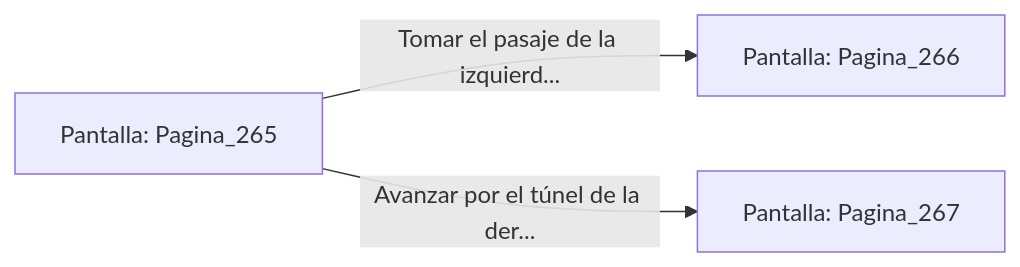
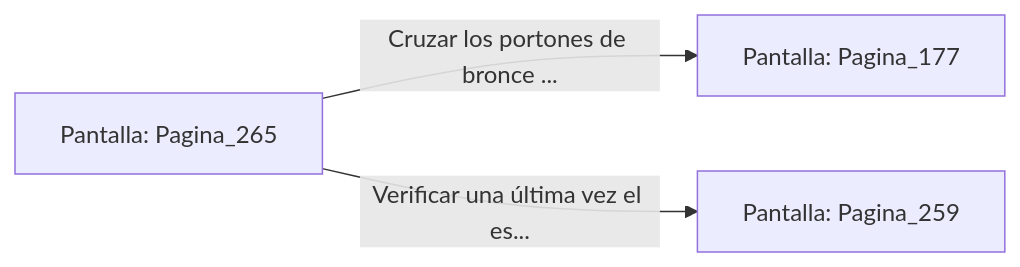
The diagram in sample/eligejuego-vault/Pantalla_Pagina_265.md (metsuke/mpl), drawn with Mermaid before and after one commit. The commit also changed other lines of this file and 635 other files, not shown here.

First line of the commit message:
fix: añadir Pagina_1 como pantalla inicial en capitulo_01.mpl

````diff
--- a/sample/eligejuego-vault/Pantalla_Pagina_265.md
+++ b/sample/eligejuego-vault/Pantalla_Pagina_265.md
@@ -20,6 +24,6 @@
 ```mermaid
 graph LR
     P_Pagina_265["Pantalla: Pagina_265"]
-    P_Pagina_265 -->|"Tomar el pasaje de la izquierd..."| P_Pagina_266["Pantalla: Pagina_266"]
-    P_Pagina_265 -->|"Avanzar por el túnel de la der..."| P_Pagina_267["Pantalla: Pagina_267"]
+    P_Pagina_265 -->|"Cruzar los portones de bronce ..."| P_Pagina_177["Pantalla: Pagina_177"]
+    P_Pagina_265 -->|"Verificar una última vez el es..."| P_Pagina_259["Pantalla: Pagina_259"]
 ```
````
